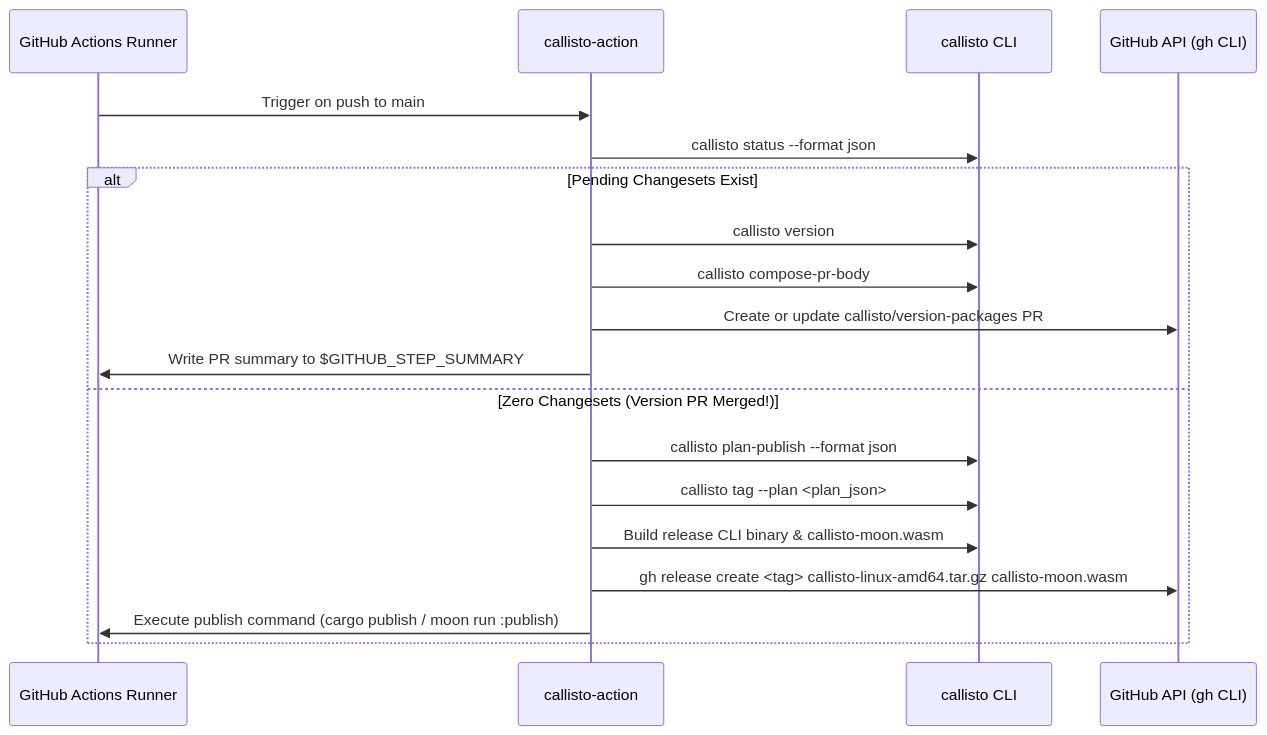
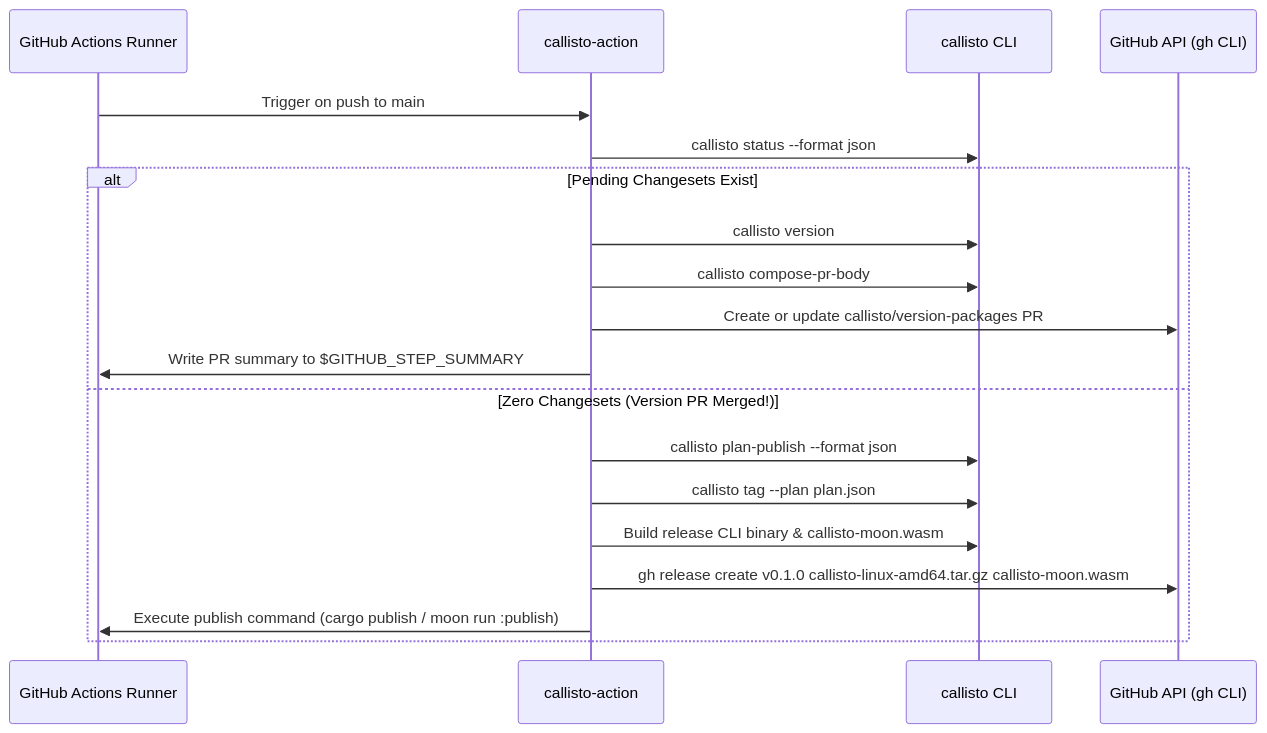
One commit to orin-dx/callisto changed the fourth of 4 diagrams in ARCHITECTURE.md. Above: the diagram before and after it, drawn with Mermaid. The commit also changed other lines of this file and 19 other files, not shown here.

Commit message:
docs: update architecture specification, task runner docs, and design specs to reflect current implementation status

````diff
--- a/ARCHITECTURE.md
+++ b/ARCHITECTURE.md
@@ -295,23 +291,23 @@
 ```mermaid
 sequenceDiagram
     participant Runner as GitHub Actions Runner
     participant Action as callisto-action
     participant CLI as callisto CLI
     participant GH as GitHub API (gh CLI)
 
     Runner->>Action: Trigger on push to main
     Action->>CLI: callisto status --format json
     
     alt Pending Changesets Exist
         Action->>CLI: callisto version
         Action->>CLI: callisto compose-pr-body
         Action->>GH: Create or update callisto/version-packages PR
         Action->>Runner: Write PR summary to $GITHUB_STEP_SUMMARY
     else Zero Changesets (Version PR Merged!)
         Action->>CLI: callisto plan-publish --format json
-        Action->>CLI: callisto tag --plan <plan_json>
+        Action->>CLI: callisto tag --plan plan.json
         Action->>CLI: Build release CLI binary & callisto-moon.wasm
-        Action->>GH: gh release create <tag> callisto-linux-amd64.tar.gz callisto-moon.wasm
+        Action->>GH: gh release create v0.1.0 callisto-linux-amd64.tar.gz callisto-moon.wasm
         Action->>Runner: Execute publish command (cargo publish / moon run :publish)
     end
 ```
````
